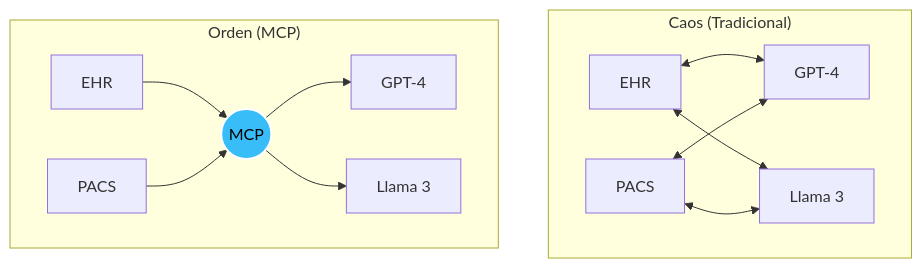
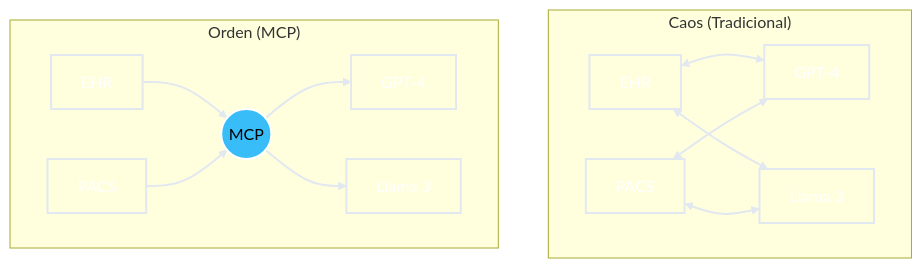
One commit to aotal/ai2026_llm changed the seventh of 9 diagrams in Curso_Completo_IA_Salud.qmd. Above: the diagram before and after it, drawn with Mermaid. The commit also changed other lines of this file and 7 other files, not shown here.

````diff
--- a/Curso_Completo_IA_Salud.qmd
+++ b/Curso_Completo_IA_Salud.qmd
@@ -1189,18 +1185,29 @@
 ```{mermaid}
+%%| fig-width: 100%
 graph TD
     subgraph "Caos (Tradicional)"
     A[EHR] <--> B[GPT-4]
     A <--> C[Llama 3]
     D[PACS] <--> B
     D <--> C
     end
     
     subgraph "Orden (MCP)"
     H1[EHR] --> M((MCP))
     H2[PACS] --> M
     M --> AI1[GPT-4]
     M --> AI2[Llama 3]
     end
     
+    style A fill:transparent,stroke:#e2e8f0,stroke-width:2px,color:#fff
+    style B fill:transparent,stroke:#e2e8f0,stroke-width:2px,color:#fff
+    style C fill:transparent,stroke:#e2e8f0,stroke-width:2px,color:#fff
+    style D fill:transparent,stroke:#e2e8f0,stroke-width:2px,color:#fff
+    style H1 fill:transparent,stroke:#e2e8f0,stroke-width:2px,color:#fff
+    style H2 fill:transparent,stroke:#e2e8f0,stroke-width:2px,color:#fff
+    style AI1 fill:transparent,stroke:#e2e8f0,stroke-width:2px,color:#fff
+    style AI2 fill:transparent,stroke:#e2e8f0,stroke-width:2px,color:#fff
     style M fill:#38bdf8,stroke:#fff,stroke-width:2px,color:#000
+    
+    linkStyle default stroke:#e2e8f0,stroke-width:2px;
 ```
````
